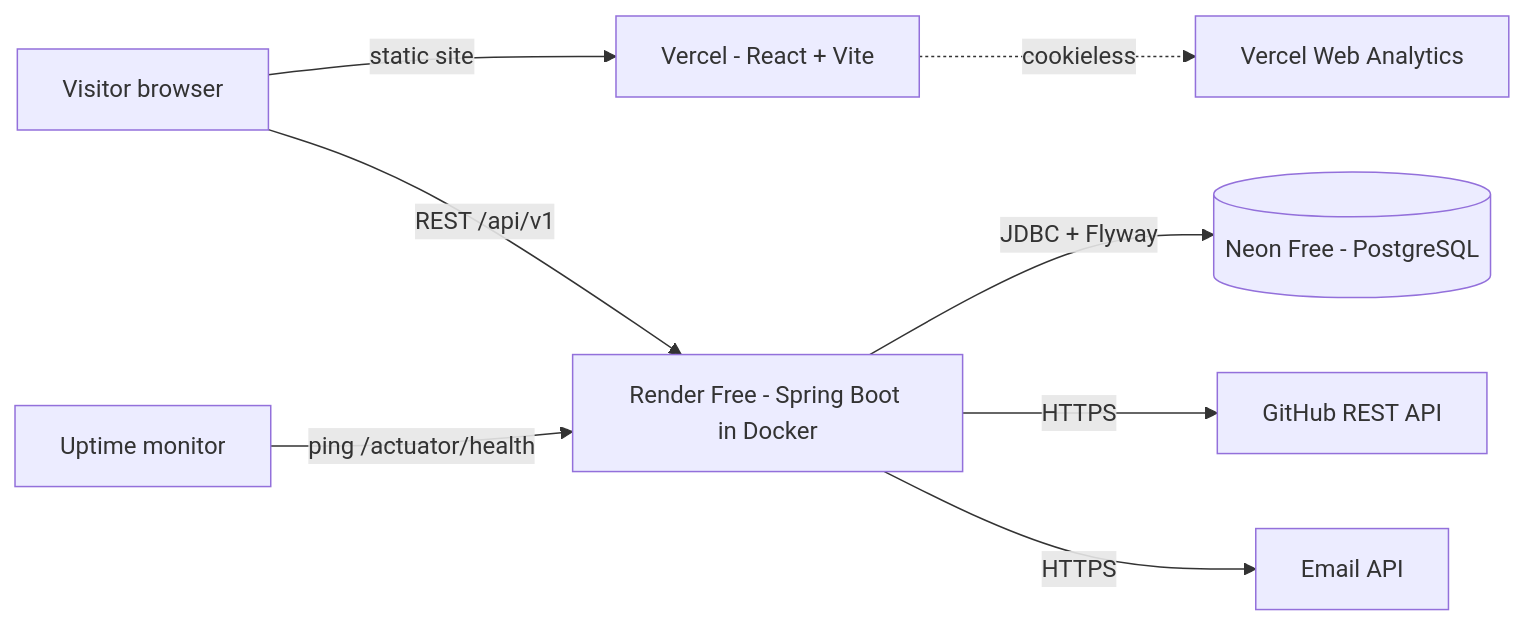
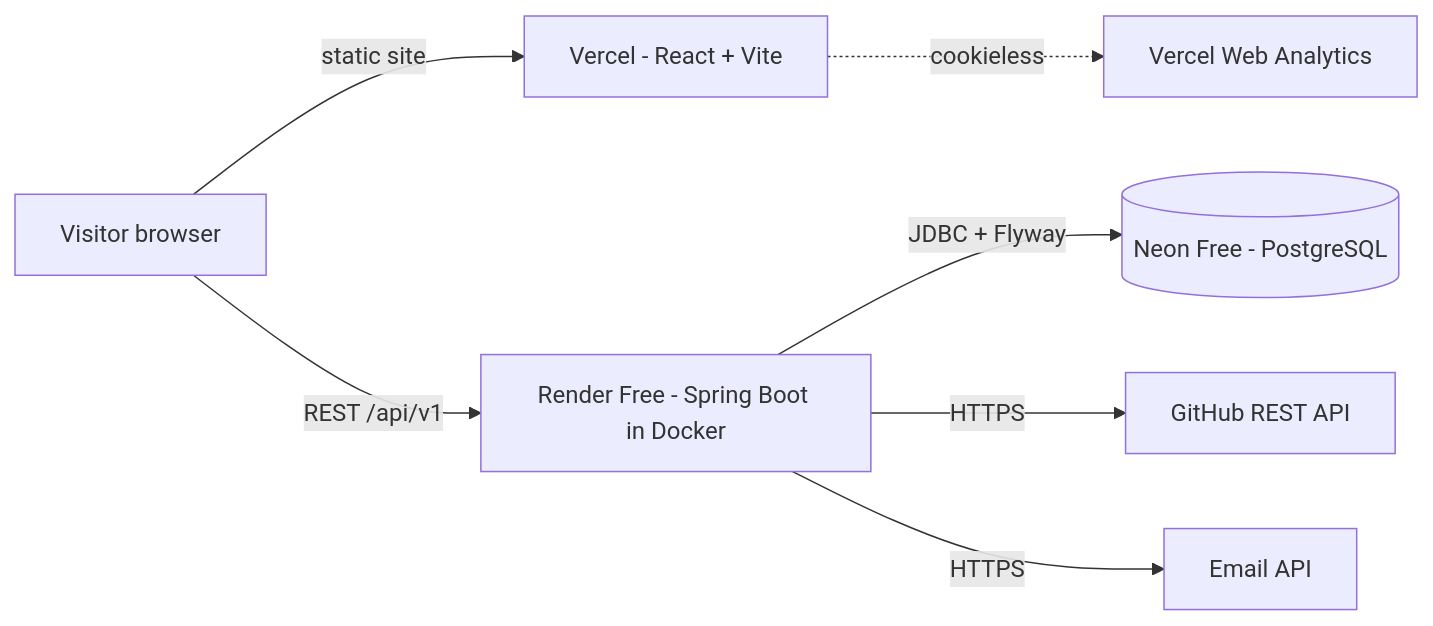
The diagram in docs/architecture/overview.md (HyHyZhaLee/portfolio), drawn with Mermaid before and after one commit. The commit also changed other lines of this file and 47 other files, not shown here.

````diff
--- a/docs/architecture/overview.md
+++ b/docs/architecture/overview.md
@@ -7,10 +7,9 @@
 ```mermaid
 flowchart LR
     V[Visitor browser] -->|static site| FE["Vercel - React + Vite"]
     V -->|"REST /api/v1"| BE["Render Free - Spring Boot in Docker"]
     BE -->|"JDBC + Flyway"| DB[("Neon Free - PostgreSQL")]
     BE -->|HTTPS| GH[GitHub REST API]
     BE -->|HTTPS| RS[Email API]
-    UR[Uptime monitor] -->|"ping /actuator/health"| BE
     FE -.->|cookieless| VA[Vercel Web Analytics]
 ```
````
